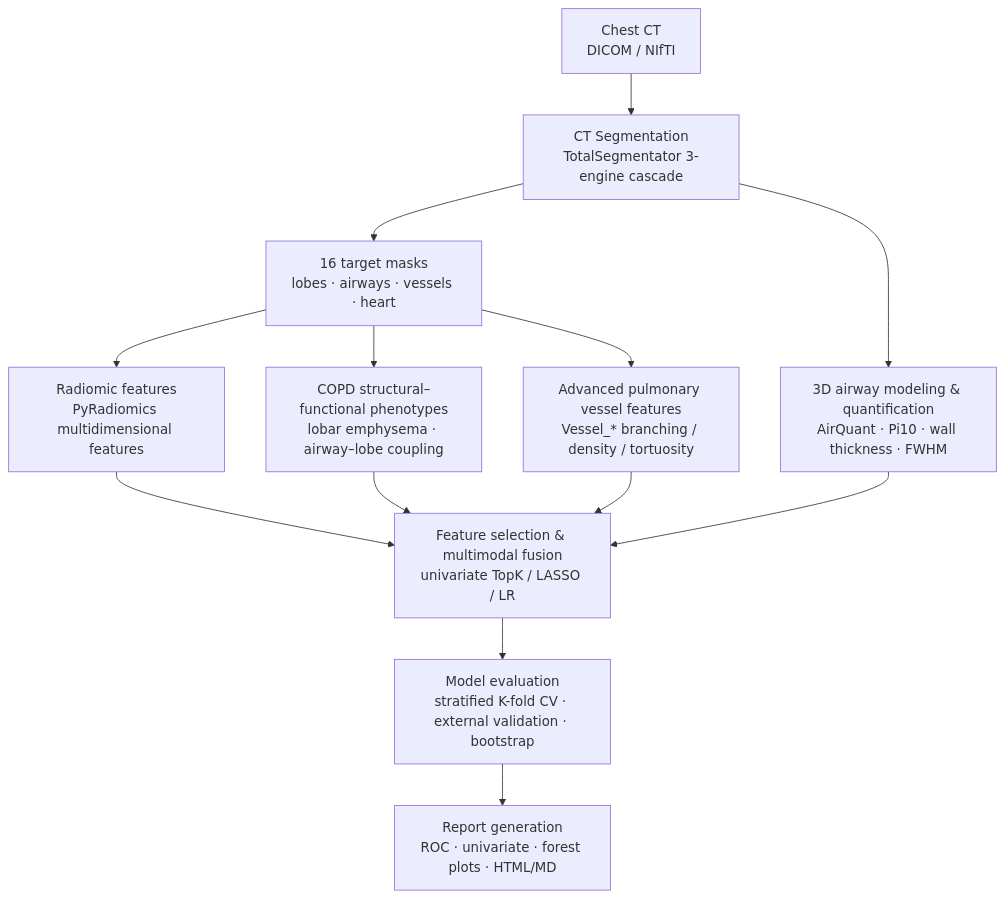
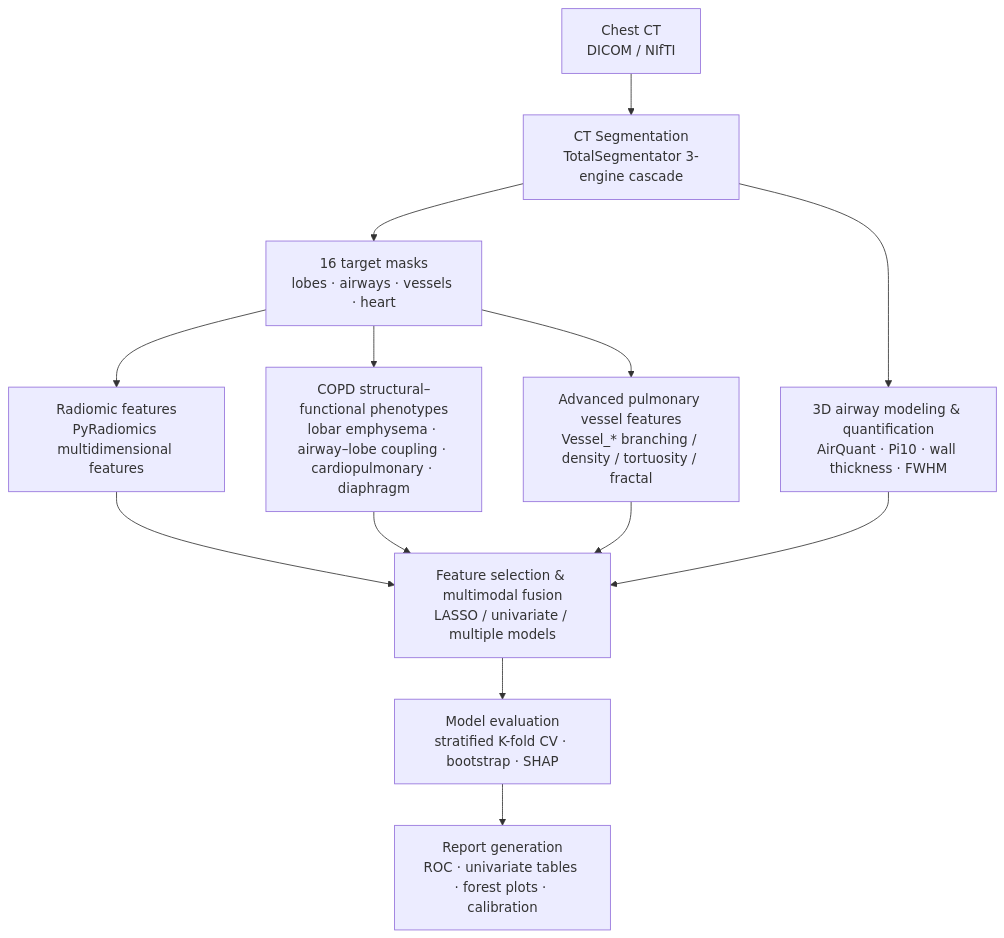
The diagram in README.md (Distagon-T/copd-radiomics), drawn with Mermaid before and after one commit. The commit also changed other lines of this file, not shown here.

Commit message:
docs: restore detailed README flow description, keep quick links to docs/ and Analysis/

````diff
--- a/README.md
+++ b/README.md
@@ -30,12 +28,12 @@
 ```mermaid
 flowchart TD
     A[Chest CT<br/>DICOM / NIfTI] --> B[CT Segmentation<br/>TotalSegmentator 3-engine cascade]
     B --> C[16 target masks<br/>lobes · airways · vessels · heart]
     C --> D[Radiomic features<br/>PyRadiomics multidimensional features]
-    C --> E[COPD structural–functional phenotypes<br/>lobar emphysema · airway–lobe coupling]
-    C --> F[Advanced pulmonary vessel features<br/>Vessel_* branching / density / tortuosity]
+    C --> E[COPD structural–functional phenotypes<br/>lobar emphysema · airway–lobe coupling · cardiopulmonary · diaphragm]
+    C --> F[Advanced pulmonary vessel features<br/>Vessel_* branching / density / tortuosity / fractal]
     B --> G[3D airway modeling & quantification<br/>AirQuant · Pi10 · wall thickness · FWHM]
-    D & E & F & G --> H[Feature selection & multimodal fusion<br/>univariate TopK / LASSO / LR]
-    H --> I[Model evaluation<br/>stratified K-fold CV · external validation · bootstrap]
-    I --> J[Report generation<br/>ROC · univariate · forest plots · HTML/MD]
+    D & E & F & G --> H[Feature selection & multimodal fusion<br/>LASSO / univariate / multiple models]
+    H --> I[Model evaluation<br/>stratified K-fold CV · bootstrap · SHAP]
+    I --> J[Report generation<br/>ROC · univariate tables · forest plots · calibration]
 ```
````
